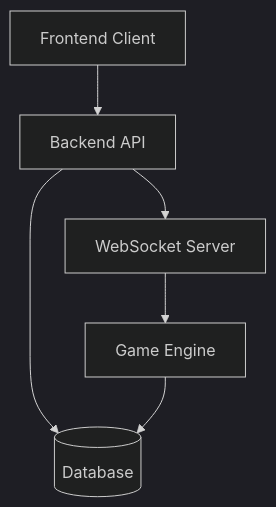
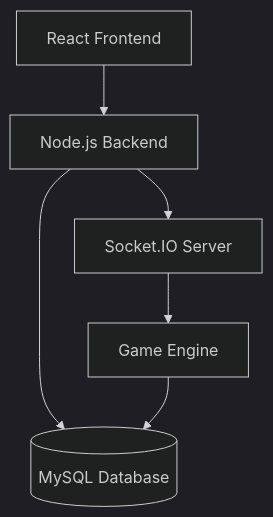
One commit to Spotted-SJSU/Spotted-Game changed the diagram in docs/architecture/README.md. Above: the diagram before and after it, drawn with Mermaid (dark theme). The commit also changed other lines of this file and 5 other files, not shown here.

````diff
--- a/docs/architecture/README.md
+++ b/docs/architecture/README.md
@@ -8,8 +8,8 @@
 ```mermaid
 graph TD
-    Client[Frontend Client] --> API[Backend API]
-    API --> DB[(Database)]
-    API --> WS[WebSocket Server]
+    Client[React Frontend] --> API[Node.js Backend]
+    API --> DB[(MySQL Database)]
+    API --> WS[Socket.IO Server]
     WS --> GameEngine[Game Engine]
     GameEngine --> DB
 ```
````
